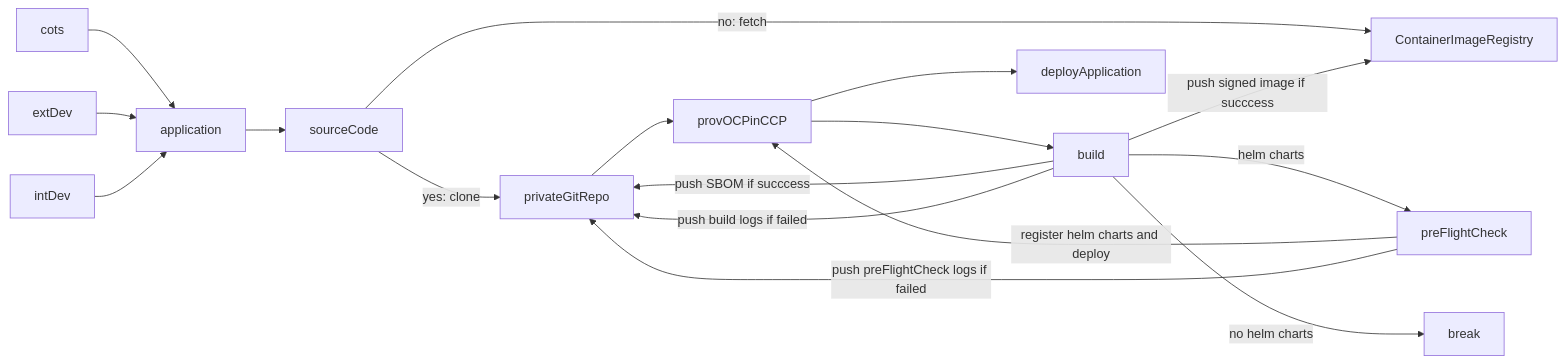
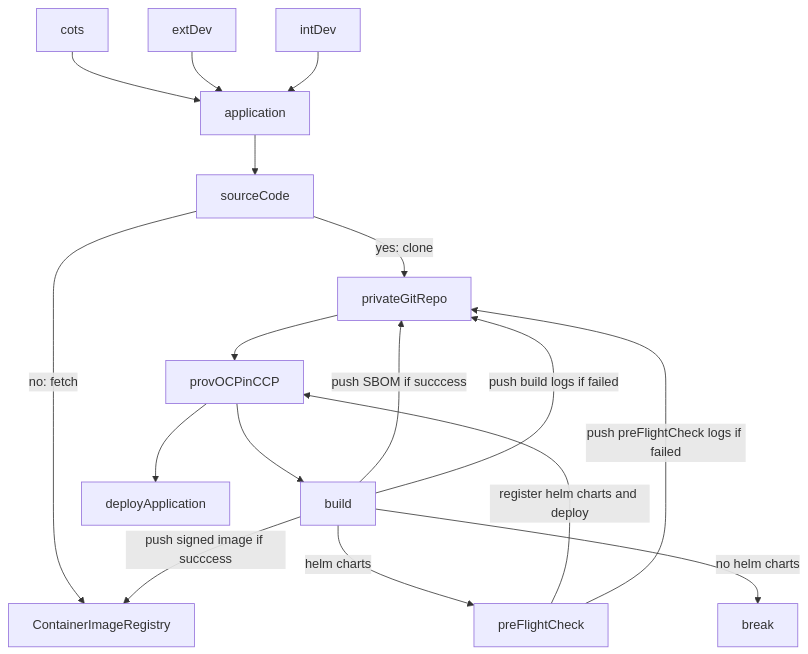
One commit to beezy-dev/verbose-couscous changed the second of 2 diagrams in docs/application/saep.md. Above: the diagram before and after it, drawn with Mermaid.

````diff
--- a/docs/application/saep.md
+++ b/docs/application/saep.md
@@ -54,19 +54,19 @@
 ```mermaid
-flowchart LR
+flowchart TD
   cots --> application
   extDev --> application
   intDev --> application
   application --> sourceCode
   sourceCode -->|"no: fetch"| ContainerImageRegistry
   sourceCode -->|"yes: clone"| privateGitRepo
   privateGitRepo --> provOCPinCCP
   provOCPinCCP --> build
   build -->|"push SBOM if succcess"| privateGitRepo
   build -->|"push signed image if succcess"| ContainerImageRegistry
   build -->|"push build logs if failed" | privateGitRepo
   build -->|"helm charts"| preFlightCheck
   build -->|"no helm charts"| break
   preFlightCheck --> |"register helm charts and deploy"| provOCPinCCP
   provOCPinCCP --> deployApplication
   preFlightCheck --> |"push preFlightCheck logs if failed"| privateGitRepo
 ```
````
